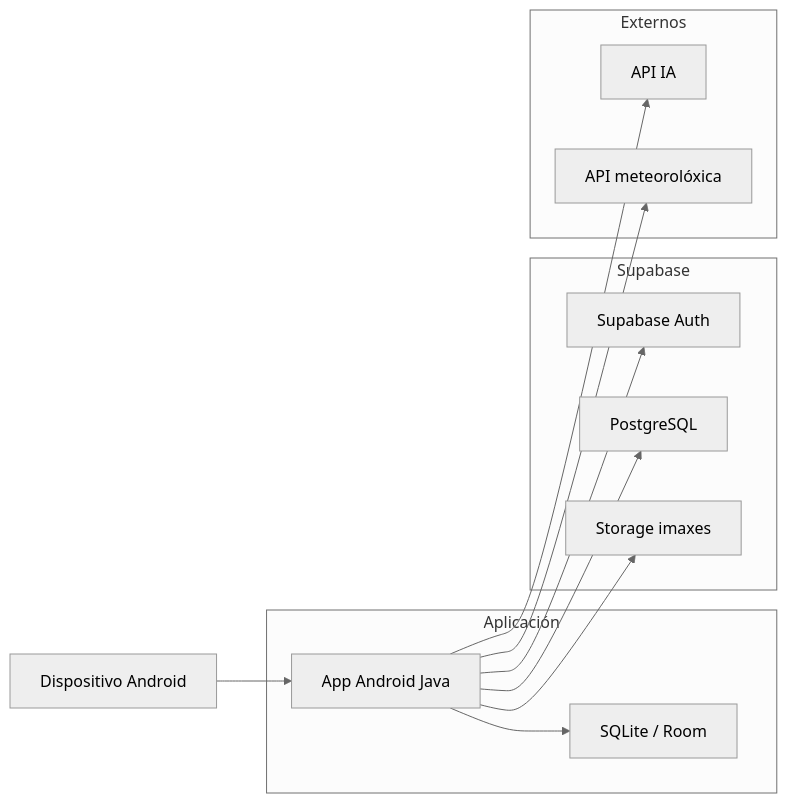
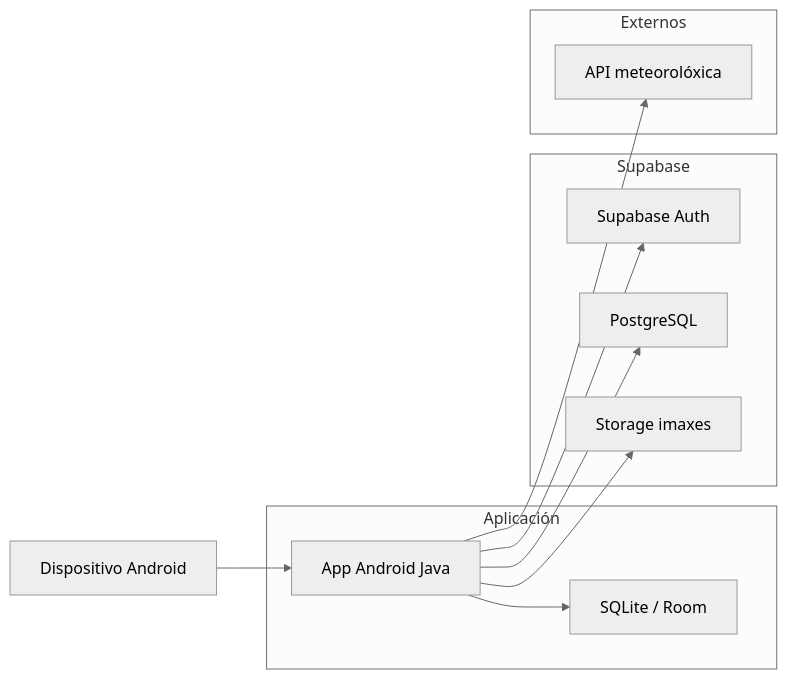
The fifth of 5 diagrams in doc/templates/5_deseño.md (martinmgd/PetCare), drawn with Mermaid (neutral theme) before and after one commit. The commit also changed other lines of this file and 9 other files, not shown here.

````diff
--- a/doc/templates/5_deseño.md
+++ b/doc/templates/5_deseño.md
@@ -311,30 +296,28 @@
 ```mermaid
 flowchart LR
 
 Usuario[Dispositivo Android]
 
 subgraph Aplicación
 APP[App Android Java]
 ROOM[SQLite / Room]
 end
 
 subgraph Supabase
 AUTH[Supabase Auth]
 DB[PostgreSQL]
 STORAGE[Storage imaxes]
 end
 
 subgraph Externos
-IA[API IA]
 METEO[API meteorolóxica]
 end
 
 Usuario --> APP
 
 APP --> ROOM
 APP --> AUTH
 APP --> DB
 APP --> STORAGE
-APP --> IA
 APP --> METEO
 ```
````
